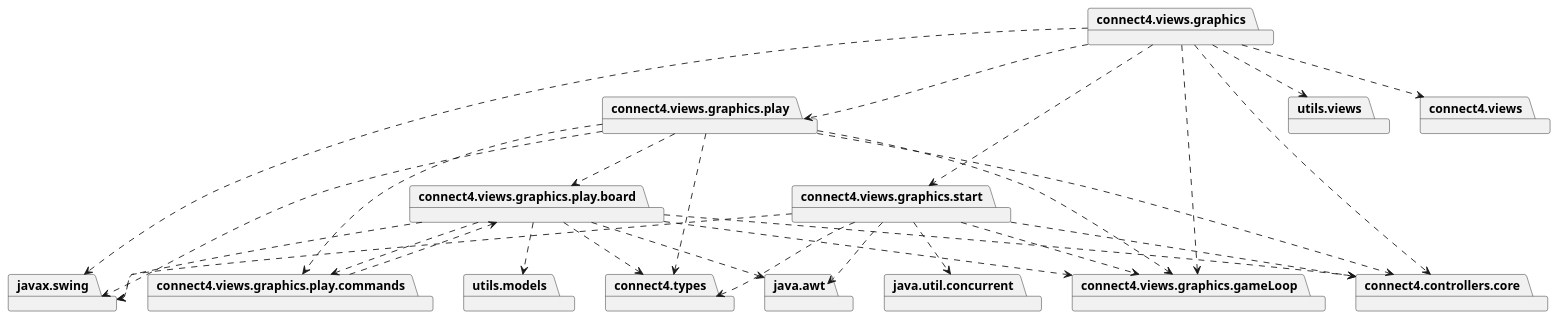
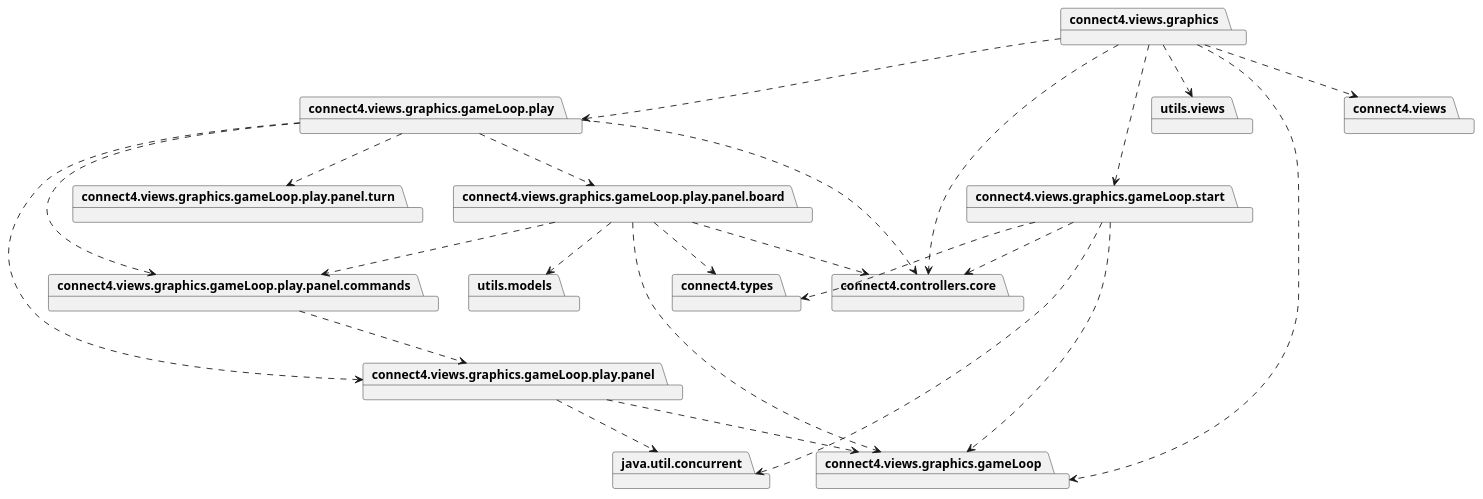
Before and after one commit to js-rom/connect4: the diagram in connect4/Docs/diagrams/src/packages/connect4.connect4.views.graphics-pkg.plantuml, drawn with PlantUML. The commit also changed 66 other files, not shown here.

```diff
--- a/connect4/Docs/diagrams/src/packages/connect4.connect4.views.graphics-pkg.plantuml
+++ b/connect4/Docs/diagrams/src/packages/connect4.connect4.views.graphics-pkg.plantuml
@@ -1,51 +1,49 @@
 @startuml
 
 package connect4.views.graphics
-package connect4.views.graphics.play
-package connect4.views.graphics.play.board
-package connect4.views.graphics.play.commands
-package connect4.views.graphics.start
-package javax.swing
-package java.awt
+package connect4.views.graphics.gameLoop
+package connect4.views.graphics.gameLoop.start
+package connect4.views.graphics.gameLoop.play
+package connect4.views.graphics.gameLoop.play.panel
+package connect4.views.graphics.gameLoop.play.panel.board
+package connect4.views.graphics.gameLoop.play.panel.commands
+package connect4.views.graphics.gameLoop.play.panel.turn
 package java.util.concurrent
 package utils.views
 package connect4.types
 package connect4.controllers.core
 package utils.models
 package connect4.views
-package connect4.views.graphics.gameLoop
 
 connect4.views.graphics ..> connect4.controllers.core
 connect4.views.graphics ..> connect4.views
-connect4.views.graphics ..> connect4.views.graphics.play
-connect4.views.graphics ..> connect4.views.graphics.start
-connect4.views.graphics ..> javax.swing
+connect4.views.graphics ..> connect4.views.graphics.gameLoop.play
+connect4.views.graphics ..> connect4.views.graphics.gameLoop.start
 connect4.views.graphics ..> utils.views
 connect4.views.graphics ..> connect4.views.graphics.gameLoop
 
-connect4.views.graphics.start ..> connect4.controllers.core
-connect4.views.graphics.start ..> connect4.types
-connect4.views.graphics.start ..> connect4.views.graphics.gameLoop
-connect4.views.graphics.start ..> java.awt
-connect4.views.graphics.start ..> java.util.concurrent
-connect4.views.graphics.start ..> javax.swing
 
-connect4.views.graphics.play ..> connect4.controllers.core
-connect4.views.graphics.play ..> connect4.views.graphics.gameLoop
-connect4.views.graphics.play ..> connect4.views.graphics.play.board
-connect4.views.graphics.play ..> connect4.views.graphics.play.commands
-connect4.views.graphics.play ..> javax.swing
-connect4.views.graphics.play ..> connect4.types
+connect4.views.graphics.gameLoop.start ..> connect4.controllers.core
+connect4.views.graphics.gameLoop.start ..> connect4.types
+connect4.views.graphics.gameLoop.start ..> connect4.views.graphics.gameLoop
+connect4.views.graphics.gameLoop.start ..> java.util.concurrent
 
-connect4.views.graphics.play.board ..> connect4.controllers.core
-connect4.views.graphics.play.board ..> connect4.types
-connect4.views.graphics.play.board ..> utils.models
-connect4.views.graphics.play.board ..> connect4.views.graphics.play.commands
-connect4.views.graphics.play.board ..> connect4.views.graphics.gameLoop
-connect4.views.graphics.play.board ..> javax.swing
-connect4.views.graphics.play.board ..> java.awt
+connect4.views.graphics.gameLoop.play ..> connect4.controllers.core
+connect4.views.graphics.gameLoop.play ..> connect4.views.graphics.gameLoop.play.panel
+connect4.views.graphics.gameLoop.play ..> connect4.views.graphics.gameLoop.play.panel.board
+connect4.views.graphics.gameLoop.play ..> connect4.views.graphics.gameLoop.play.panel.commands
+connect4.views.graphics.gameLoop.play ..> connect4.views.graphics.gameLoop.play.panel.turn
 
-connect4.views.graphics.play.commands ..> connect4.views.graphics.play.board
+connect4.views.graphics.gameLoop.play.panel ..> connect4.views.graphics.gameLoop
+connect4.views.graphics.gameLoop.play.panel ..> java.util.concurrent
+
+connect4.views.graphics.gameLoop.play.panel.board ..> connect4.controllers.core
+connect4.views.graphics.gameLoop.play.panel.board ..> connect4.types
+connect4.views.graphics.gameLoop.play.panel.board ..> utils.models
+connect4.views.graphics.gameLoop.play.panel.board ..> connect4.views.graphics.gameLoop.play.panel.commands
+connect4.views.graphics.gameLoop.play.panel.board ..> connect4.views.graphics.gameLoop
+
+connect4.views.graphics.gameLoop.play.panel.commands ..> connect4.views.graphics.gameLoop.play.panel
 
 
 @enduml
```
